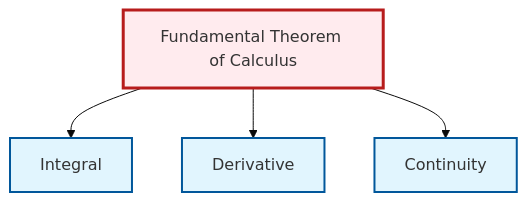
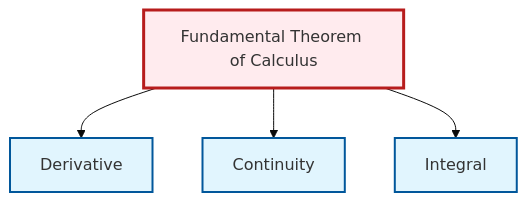
The diagram in output/mermaid/en/thm-fundamental-calculus.mermaid (RK0429/ModernMath), drawn with Mermaid (base theme) before and after one commit. The commit also changed other lines of this file and 1745 other files, not shown here.

```diff
--- a/output/mermaid/en/thm-fundamental-calculus.mermaid
+++ b/output/mermaid/en/thm-fundamental-calculus.mermaid
@@ -1,14 +1,14 @@
 graph TD
     classDef definition fill:#e1f5fe,stroke:#01579b,stroke-width:2px
     classDef theorem fill:#f3e5f5,stroke:#4a148c,stroke-width:2px
     classDef axiom fill:#fff3e0,stroke:#e65100,stroke-width:2px
     classDef example fill:#e8f5e9,stroke:#1b5e20,stroke-width:2px
     classDef current fill:#ffebee,stroke:#b71c1c,stroke-width:3px
+    def-continuity["Continuity"]:::definition
+    def-integral["Integral"]:::definition
+    thm-fundamental-calculus["Fundamental Theorem of Calculus"]:::theorem
     def-derivative["Derivative"]:::definition
-    thm-fundamental-calculus["Fundamental Theorem of Calculus"]:::theorem
-    def-integral["Integral"]:::definition
-    def-continuity["Continuity"]:::definition
-    thm-fundamental-calculus --> def-integral
     thm-fundamental-calculus --> def-derivative
     thm-fundamental-calculus --> def-continuity
+    thm-fundamental-calculus --> def-integral
     class thm-fundamental-calculus current
```
